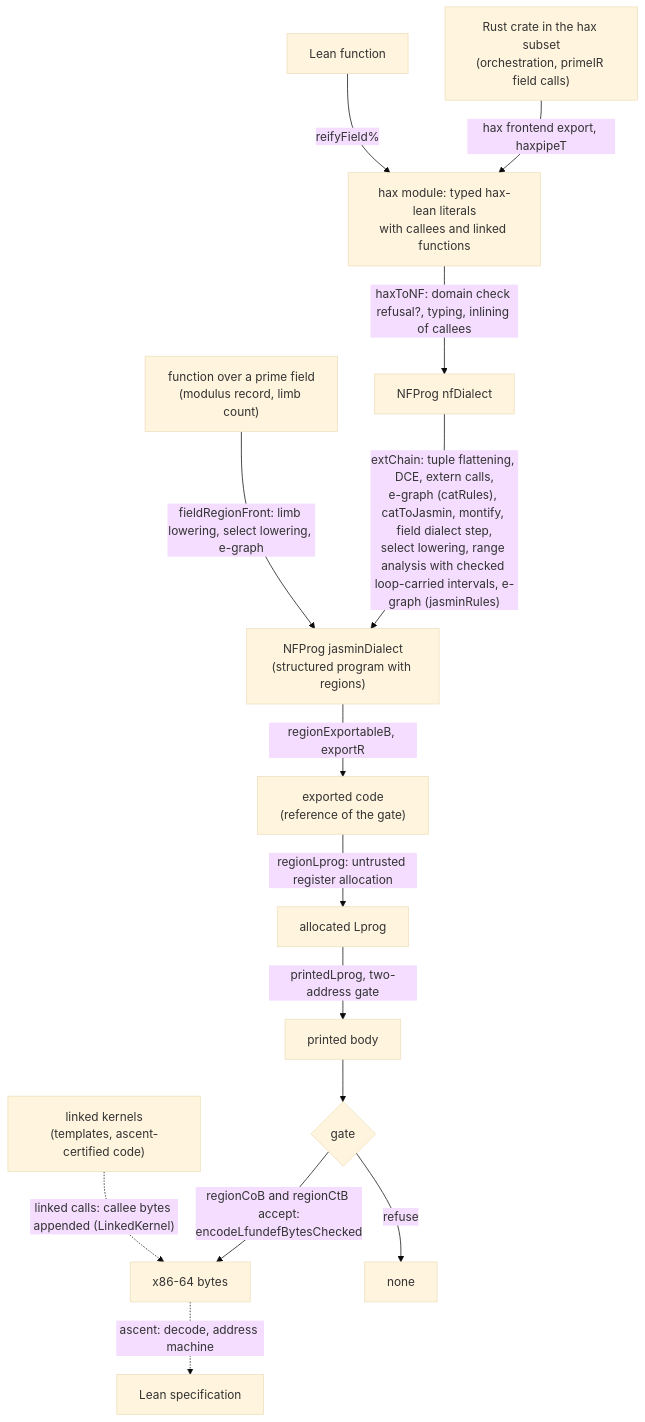
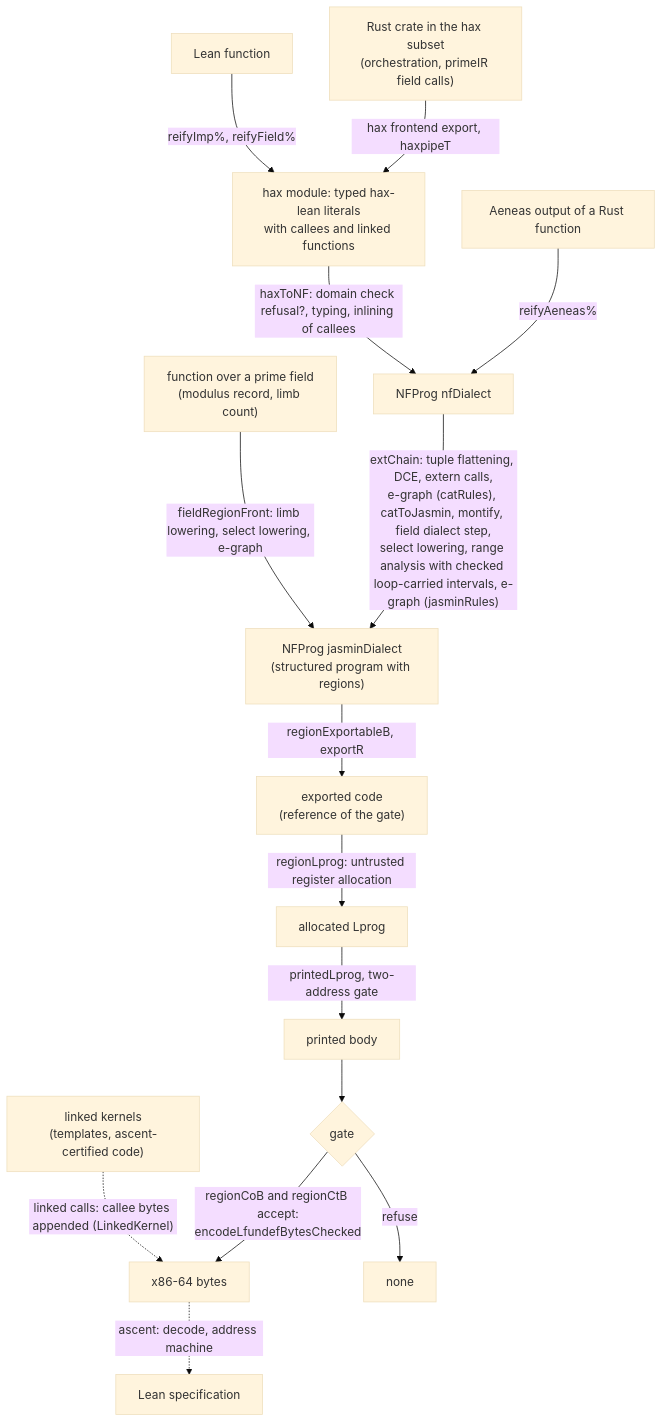
Before and after one commit to spitters/catcrypt-compiler: the diagram in PIPELINE.md, drawn with Mermaid (base theme). The commit also changed other lines of this file and 1 other file, not shown here.

````diff
--- a/PIPELINE.md
+++ b/PIPELINE.md
@@ -29,31 +29,33 @@
 ```mermaid
 flowchart TD
     RUST["Rust crate in the hax subset<br/>(orchestration, primeIR field calls)"]
     LEAN["Lean function"]
+    AEN["Aeneas output of a Rust function"]
     TPL["function over a prime field<br/>(modulus record, limb count)"]
     MOD["hax module: typed hax-lean literals<br/>with callees and linked functions"]
     NF["NFProg nfDialect"]
     JNF["NFProg jasminDialect<br/>(structured program with regions)"]
     REF["exported code<br/>(reference of the gate)"]
     ALLOC["allocated Lprog"]
     PRINT["printed body"]
     GATE{"gate"}
     BYTES["x86-64 bytes"]
     NONE["none"]
     KERN["linked kernels<br/>(templates, ascent-certified code)"]
     SPEC["Lean specification"]
 
     RUST -->|"hax frontend export, haxpipeT"| MOD
-    LEAN -->|"reifyField%"| MOD
+    LEAN -->|"reifyImp%, reifyField%"| MOD
+    AEN -->|"reifyAeneas%"| NF
     MOD -->|"haxToNF: domain check refusal?, typing, inlining of callees"| NF
     NF -->|"extChain: tuple flattening, DCE, extern calls,<br/>e-graph (catRules), catToJasmin, montify, field dialect step,<br/>select lowering, range analysis with checked loop-carried intervals, e-graph (jasminRules)"| JNF
     TPL -->|"fieldRegionFront: limb lowering, select lowering, e-graph"| JNF
     JNF -->|"regionExportableB, exportR"| REF
     REF -->|"regionLprog: untrusted register allocation"| ALLOC
     ALLOC -->|"printedLprog, two-address gate"| PRINT
     PRINT --> GATE
     GATE -->|"regionCoB and regionCtB accept:<br/>encodeLfundefBytesChecked"| BYTES
     GATE -->|"refuse"| NONE
     KERN -.->|"linked calls: callee bytes appended (LinkedKernel)"| BYTES
     BYTES -.->|"ascent: decode, address machine"| SPEC
 ```
````
